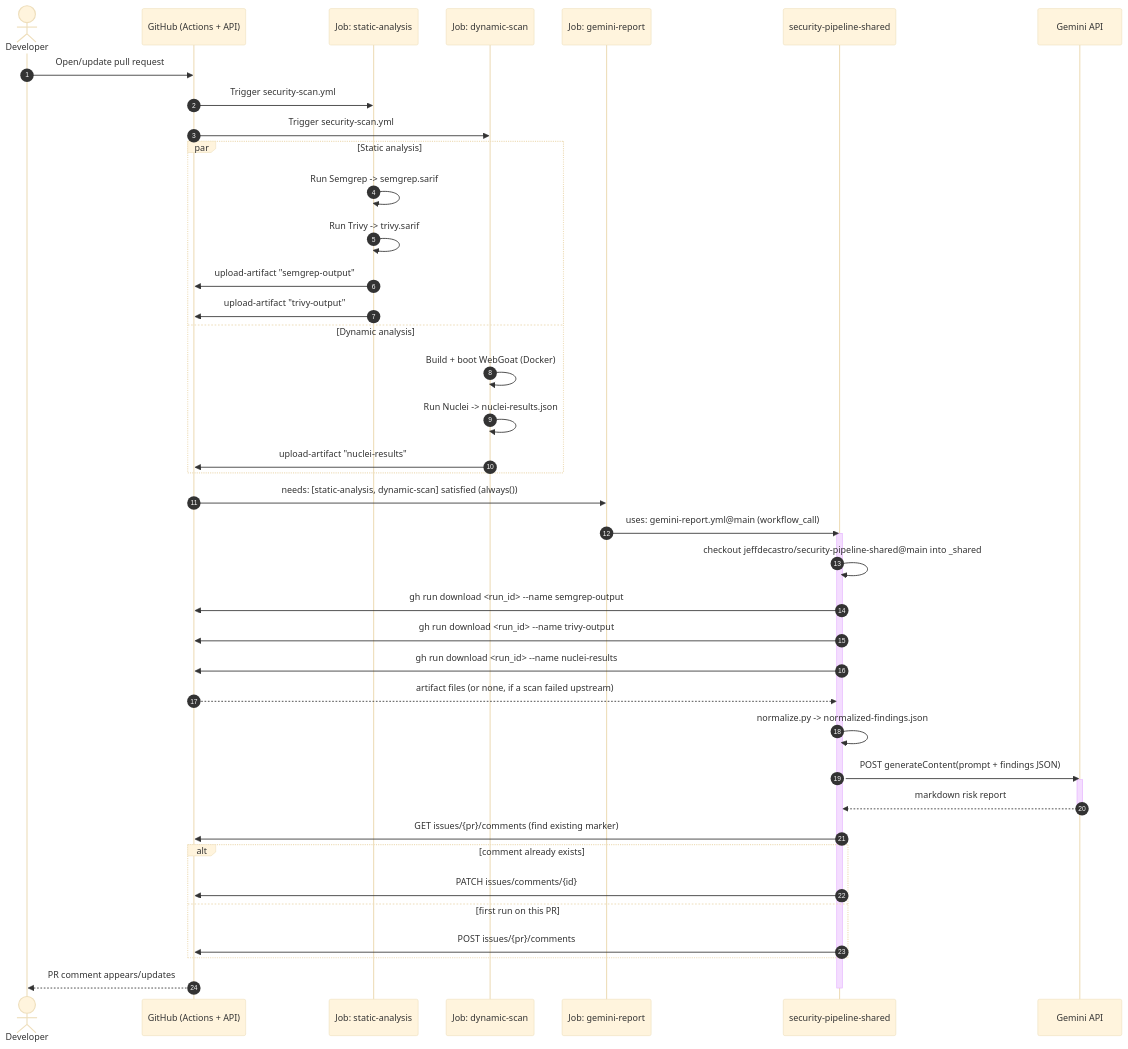
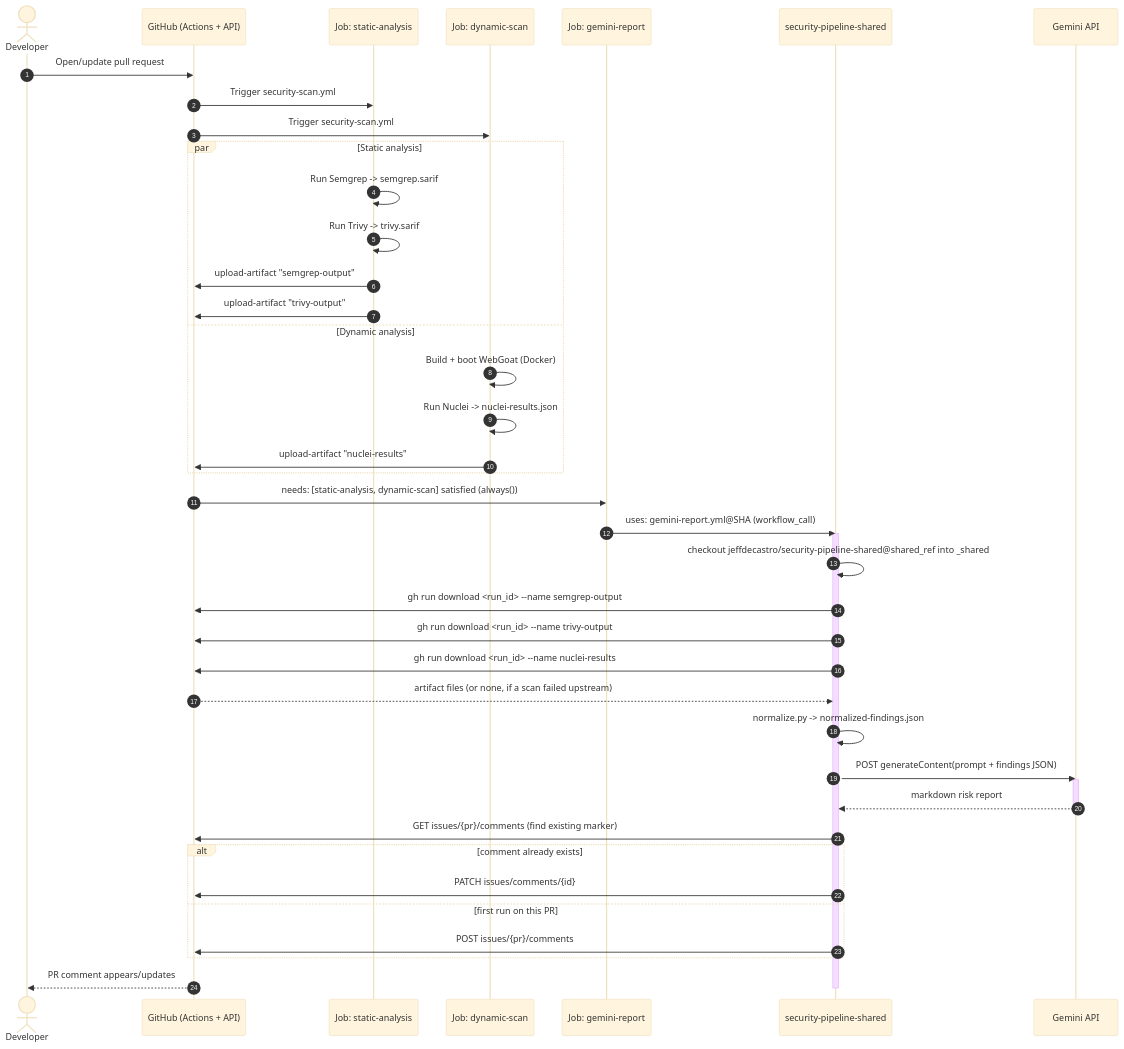
One commit to jeffdecastro/security-pipeline-shared changed the second of 2 diagrams in README.md. Above: the diagram before and after it, drawn with Mermaid (base theme). The commit also changed other lines of this file and 4 other files, not shown here.

````diff
--- a/README.md
+++ b/README.md
@@ -150,51 +153,51 @@
 ```mermaid
 sequenceDiagram
     autonumber
     actor Dev as Developer
     participant GH as GitHub (Actions + API)
     participant SA as Job: static-analysis
     participant DS as Job: dynamic-scan
     participant GR as Job: gemini-report
     participant Shared as security-pipeline-shared
     participant Gemini as Gemini API
 
     Dev->>GH: Open/update pull request
     GH->>SA: Trigger security-scan.yml
     GH->>DS: Trigger security-scan.yml
     par Static analysis
         SA->>SA: Run Semgrep -> semgrep.sarif
         SA->>SA: Run Trivy -> trivy.sarif
         SA->>GH: upload-artifact "semgrep-output"
         SA->>GH: upload-artifact "trivy-output"
     and Dynamic analysis
         DS->>DS: Build + boot WebGoat (Docker)
         DS->>DS: Run Nuclei -> nuclei-results.json
         DS->>GH: upload-artifact "nuclei-results"
     end
 
     GH->>GR: needs: [static-analysis, dynamic-scan] satisfied (always())
-    GR->>Shared: uses: gemini-report.yml@main (workflow_call)
+    GR->>Shared: uses: gemini-report.yml@SHA (workflow_call)
     activate Shared
 
-    Shared->>Shared: checkout jeffdecastro/security-pipeline-shared@main into _shared
+    Shared->>Shared: checkout jeffdecastro/security-pipeline-shared@shared_ref into _shared
     Shared->>GH: gh run download <run_id> --name semgrep-output
     Shared->>GH: gh run download <run_id> --name trivy-output
     Shared->>GH: gh run download <run_id> --name nuclei-results
     GH-->>Shared: artifact files (or none, if a scan failed upstream)
 
     Shared->>Shared: normalize.py -> normalized-findings.json
     Shared->>Gemini: POST generateContent(prompt + findings JSON)
     activate Gemini
     Gemini-->>Shared: markdown risk report
     deactivate Gemini
 
     Shared->>GH: GET issues/{pr}/comments (find existing marker)
     alt comment already exists
         Shared->>GH: PATCH issues/comments/{id}
     else first run on this PR
         Shared->>GH: POST issues/{pr}/comments
     end
     GH-->>Dev: PR comment appears/updates
 
     deactivate Shared
 ```
````
